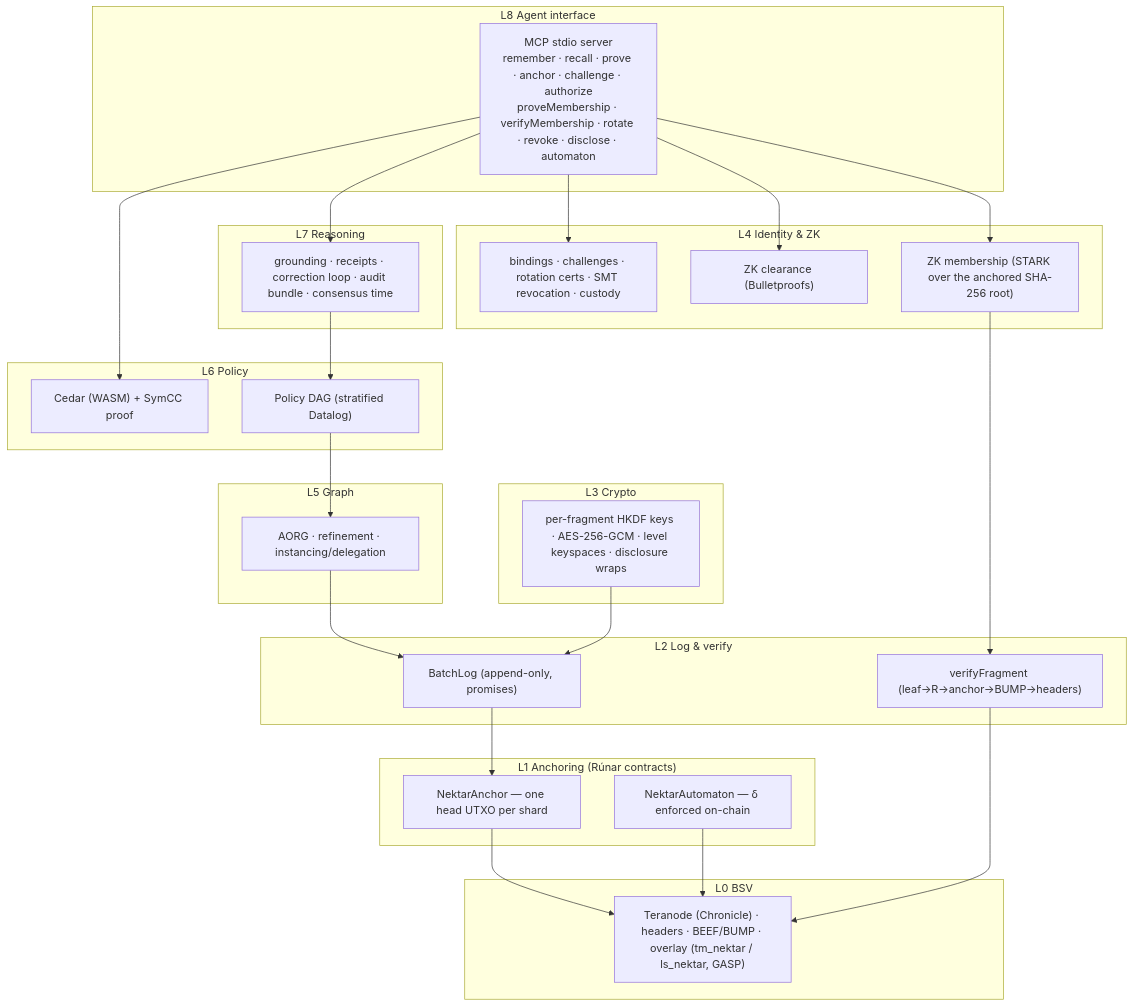
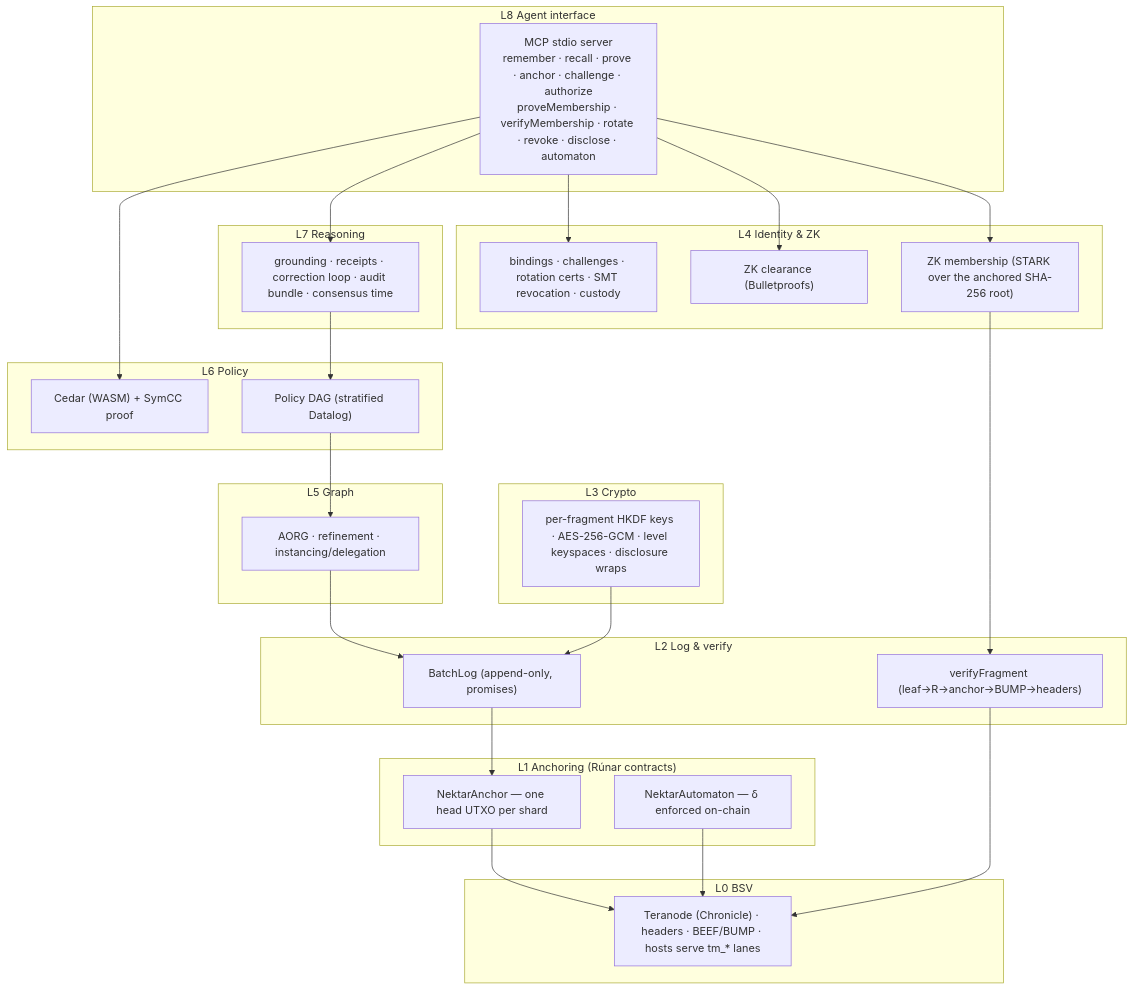
Before and after one commit to kryptokrates/nektar: the first of 14 diagrams in docs/ARCHITECTURE.md, drawn with Mermaid. The commit also changed other lines of this file and 1974 other files, not shown here.

````diff
--- a/docs/ARCHITECTURE.md
+++ b/docs/ARCHITECTURE.md
@@ -7,44 +7,44 @@
 ```mermaid
 flowchart TB
   subgraph L8["L8 Agent interface"]
     MCP["MCP stdio server<br/>remember · recall · prove · anchor · challenge · authorize<br/>proveMembership · verifyMembership · rotate · revoke · disclose · automaton"]
   end
   subgraph L7["L7 Reasoning"]
     RS["grounding · receipts · correction loop · audit bundle · consensus time"]
   end
   subgraph L6["L6 Policy"]
     CED["Cedar (WASM) + SymCC proof"]
     DAG["Policy DAG (stratified Datalog)"]
   end
   subgraph L5["L5 Graph"]
     AORG["AORG · refinement · instancing/delegation"]
   end
   subgraph L4["L4 Identity & ZK"]
     ID["bindings · challenges · rotation certs · SMT revocation · custody"]
     ZKA["ZK clearance (Bulletproofs)"]
     ZKM["ZK membership (STARK over the anchored SHA-256 root)"]
   end
   subgraph L3["L3 Crypto"]
     CR["per-fragment HKDF keys · AES-256-GCM · level keyspaces · disclosure wraps"]
   end
   subgraph L2["L2 Log & verify"]
     LOG["BatchLog (append-only, promises)"]
     VER["verifyFragment (leaf→R→anchor→BUMP→headers)"]
   end
   subgraph L1["L1 Anchoring (Rúnar contracts)"]
     ANC["NektarAnchor — one head UTXO per shard"]
     AUT["NektarAutomaton — δ enforced on-chain"]
   end
   subgraph L0["L0 BSV"]
-    TN["Teranode (Chronicle) · headers · BEEF/BUMP · overlay (tm_nektar / ls_nektar, GASP)"]
+    TN["Teranode (Chronicle) · headers · BEEF/BUMP · hosts serve tm_* lanes"]
   end
   MCP --> RS --> DAG --> AORG
   MCP --> CED
   MCP --> ZKA & ZKM & ID
   AORG --> LOG
   CR --> LOG
   LOG --> ANC --> TN
   AUT --> TN
   VER --> TN
   ZKM --> VER
 ```
````
